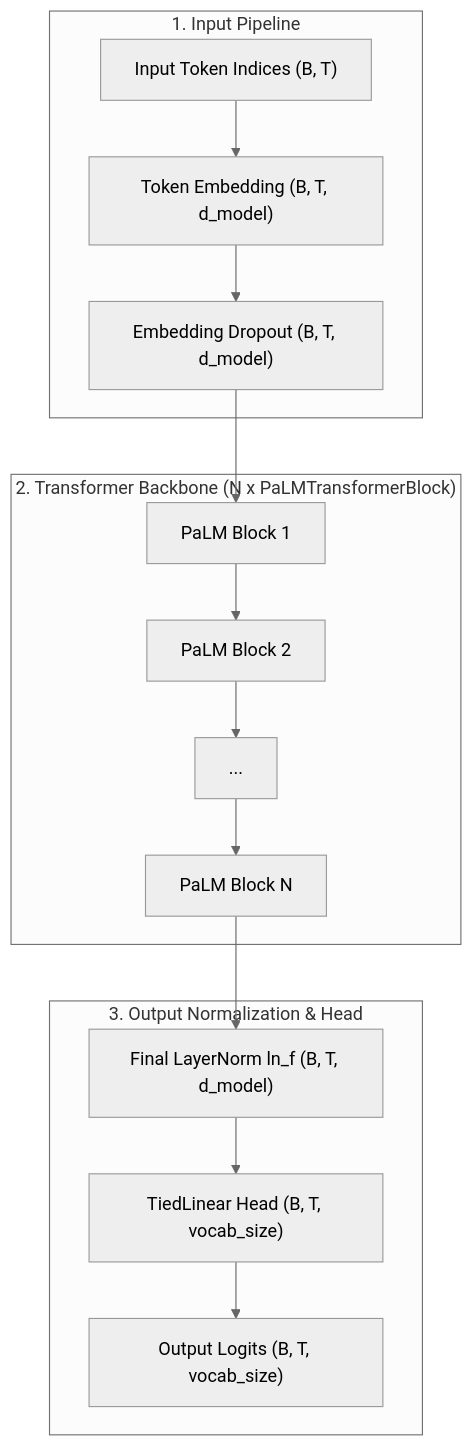
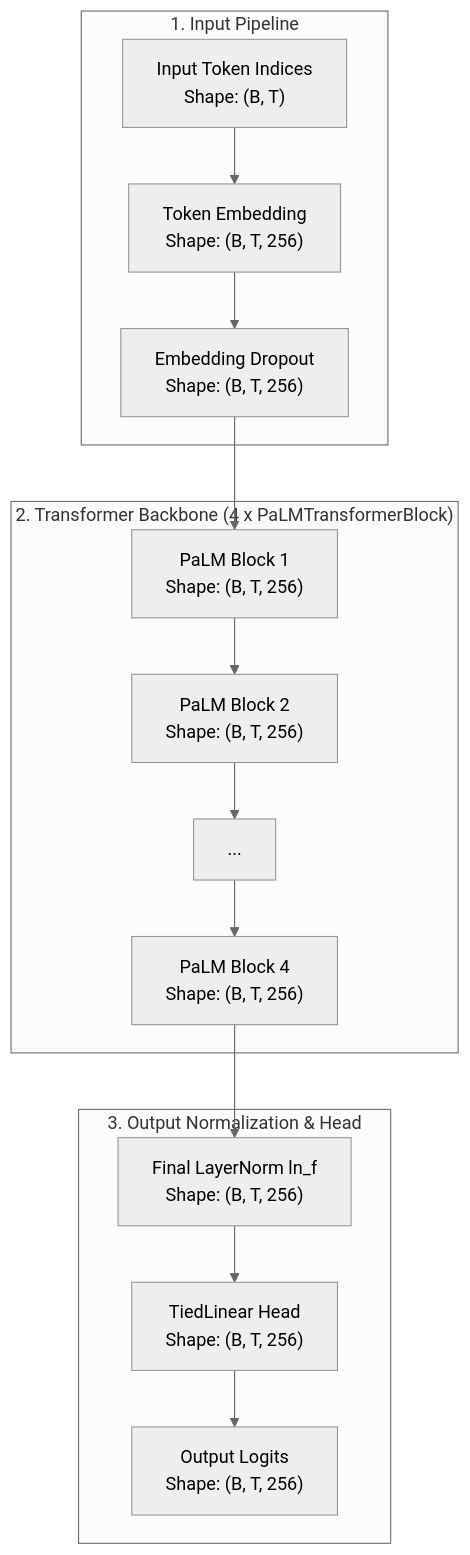
Before and after one commit to Ritvik19/NNFS: the first of 2 diagrams in docs/models/palm.md, drawn with Mermaid (neutral theme). The commit also changed other lines of this file and 11 other files, not shown here.

Commit message:
refactor: overhaul model documentation with architecture diagrams and update model implementations

````diff
--- a/docs/models/palm.md
+++ b/docs/models/palm.md
@@ -25,24 +27,24 @@
 ```mermaid
 flowchart TD
     subgraph Input ["1. Input Pipeline"]
-        TokenIDs["Input Token Indices (B, T)"]
-        TokEmb["Token Embedding (B, T, d_model)"]
-        Drop["Embedding Dropout (B, T, d_model)"]
+        TokenIDs["Input Token Indices<br/>Shape: (B, T)"]
+        TokEmb["Token Embedding<br/>Shape: (B, T, 256)"]
+        Drop["Embedding Dropout<br/>Shape: (B, T, 256)"]
         
         TokenIDs --> TokEmb
         TokEmb --> Drop
     end
 
-    subgraph Blocks ["2. Transformer Backbone (N x PaLMTransformerBlock)"]
-        Drop --> Block1["PaLM Block 1"]
-        Block1 --> Block2["PaLM Block 2"]
+    subgraph Blocks ["2. Transformer Backbone (4 x PaLMTransformerBlock)"]
+        Drop --> Block1["PaLM Block 1<br/>Shape: (B, T, 256)"]
+        Block1 --> Block2["PaLM Block 2<br/>Shape: (B, T, 256)"]
         Block2 --> Dots["..."]
-        Dots --> BlockN["PaLM Block N"]
+        Dots --> Block4["PaLM Block 4<br/>Shape: (B, T, 256)"]
     end
 
     subgraph Head ["3. Output Normalization & Head"]
-        BlockN --> LNF["Final LayerNorm ln_f (B, T, d_model)"]
-        LNF --> LMHead["TiedLinear Head (B, T, vocab_size)"]
-        LMHead --> Logits["Output Logits (B, T, vocab_size)"]
+        Block4 --> LNF["Final LayerNorm ln_f<br/>Shape: (B, T, 256)"]
+        LNF --> LMHead["TiedLinear Head<br/>Shape: (B, T, 256)"]
+        LMHead --> Logits["Output Logits<br/>Shape: (B, T, 256)"]
     end
 ```
````
